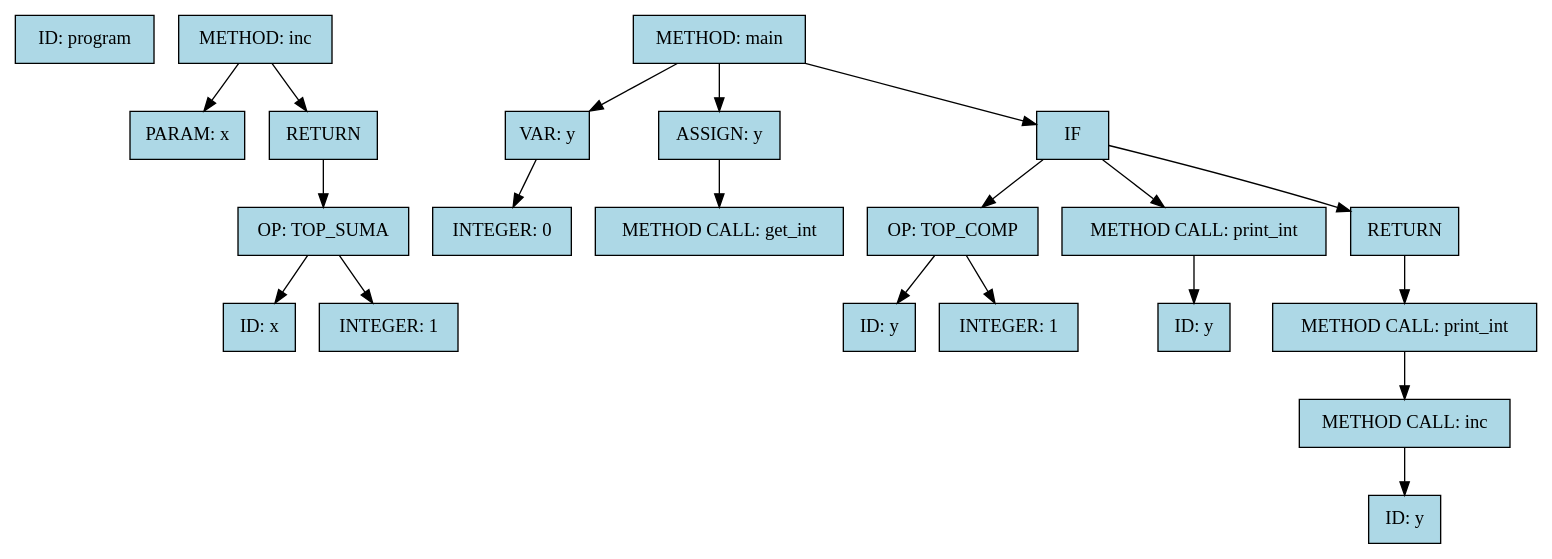
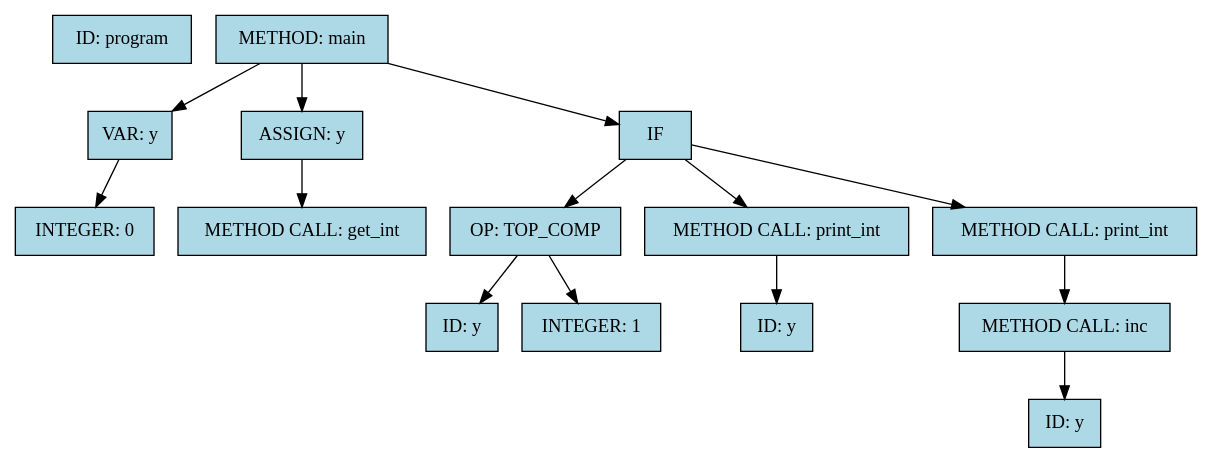
One commit to joaquinmezzano/proyecto-compiladores changed the diagram in ast.dot. Above: the diagram before and after it, drawn with Graphviz. The commit also changed 7 other files, not shown here.

```diff
--- a/ast.dot
+++ b/ast.dot
@@ -1,45 +1,32 @@
 digraph AST {
-  rankdir=TB;  // Top to bottom
+  rankdir=TB;
   node [shape=box, style=filled, fillcolor=lightblue];
   "n0" [label="ID: program"];
-  "n1" [label="METHOD: inc"];
-  "n2" [label="PARAM: x"];
+  "n1" [label="METHOD: main"];
+  "n2" [label="VAR: y"];
   "n1" -> "n2";
-  "n3" [label="RETURN"];
-  "n1" -> "n3";
-  "n4" [label="OP: TOP_SUMA"];
-  "n3" -> "n4";
-  "n5" [label="ID: x"];
+  "n3" [label="INTEGER: 0"];
+  "n2" -> "n3";
+  "n4" [label="ASSIGN: y"];
+  "n1" -> "n4";
+  "n5" [label="METHOD CALL: get_int"];
   "n4" -> "n5";
-  "n6" [label="INTEGER: 1"];
-  "n4" -> "n6";
-  "n7" [label="METHOD: main"];
-  "n8" [label="VAR: y"];
+  "n6" [label="IF"];
+  "n1" -> "n6";
+  "n7" [label="OP: TOP_COMP"];
+  "n6" -> "n7";
+  "n8" [label="ID: y"];
   "n7" -> "n8";
-  "n9" [label="INTEGER: 0"];
-  "n8" -> "n9";
-  "n10" [label="ASSIGN: y"];
-  "n7" -> "n10";
-  "n11" [label="METHOD CALL: get_int"];
+  "n9" [label="INTEGER: 1"];
+  "n7" -> "n9";
+  "n10" [label="METHOD CALL: print_int"];
+  "n6" -> "n10";
+  "n11" [label="ID: y"];
   "n10" -> "n11";
-  "n12" [label="IF"];
-  "n7" -> "n12";
-  "n13" [label="OP: TOP_COMP"];
+  "n12" [label="METHOD CALL: print_int"];
+  "n6" -> "n12";
+  "n13" [label="METHOD CALL: inc"];
   "n12" -> "n13";
   "n14" [label="ID: y"];
   "n13" -> "n14";
-  "n15" [label="INTEGER: 1"];
-  "n13" -> "n15";
-  "n16" [label="METHOD CALL: print_int"];
-  "n12" -> "n16";
-  "n17" [label="ID: y"];
-  "n16" -> "n17";
-  "n18" [label="RETURN"];
-  "n12" -> "n18";
-  "n19" [label="METHOD CALL: print_int"];
-  "n18" -> "n19";
-  "n20" [label="METHOD CALL: inc"];
-  "n19" -> "n20";
-  "n21" [label="ID: y"];
-  "n20" -> "n21";
 }
```
